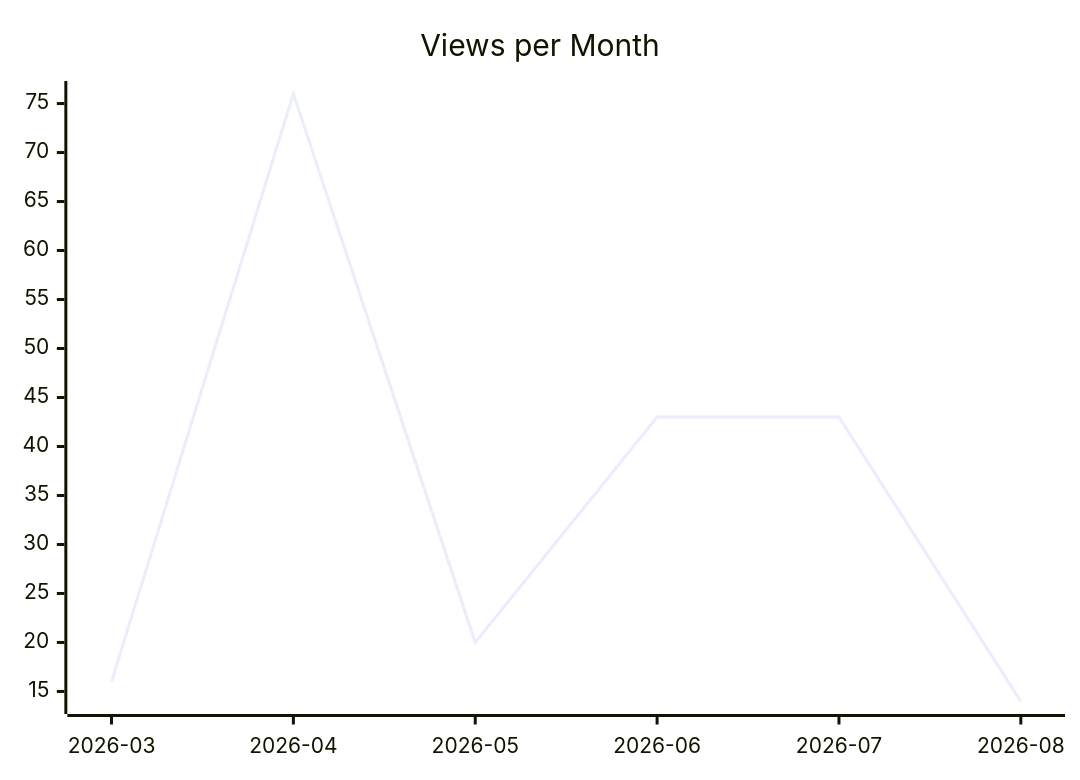
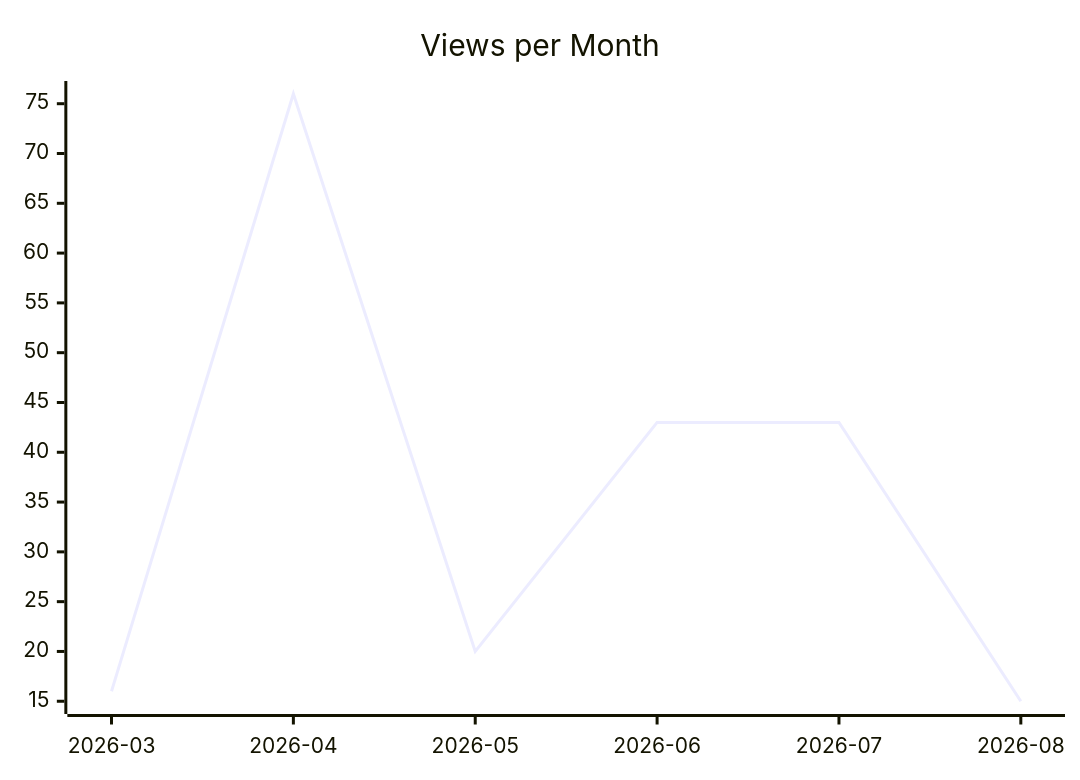
The second of 3 diagrams in karlmdavis/ksoap2-android/README.md (justdavis-family/github-analytics-data), drawn with Mermaid before and after one commit. The commit also changed other lines of this file and 177 other files, not shown here.

````diff
--- a/karlmdavis/ksoap2-android/README.md
+++ b/karlmdavis/ksoap2-android/README.md
@@ -12,6 +12,6 @@
 ```mermaid
 xychart-beta
   title "Views per Month"
   x-axis ["2026-03", "2026-04", "2026-05", "2026-06", "2026-07", "2026-08"]
-  line [16, 76, 20, 43, 43, 14]
+  line [16, 76, 20, 43, 43, 15]
 ```
````
